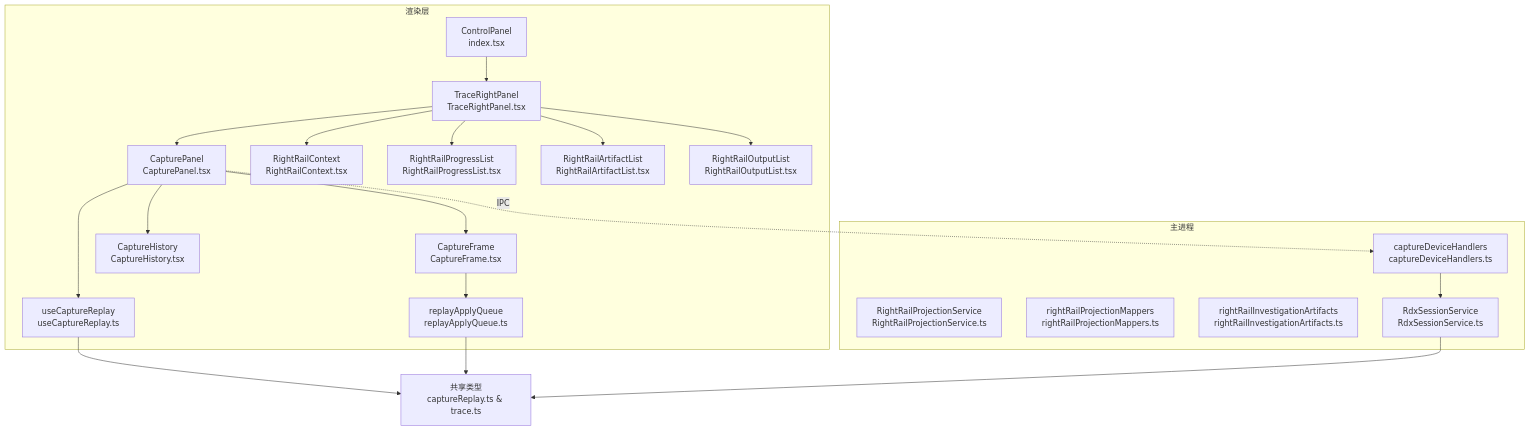
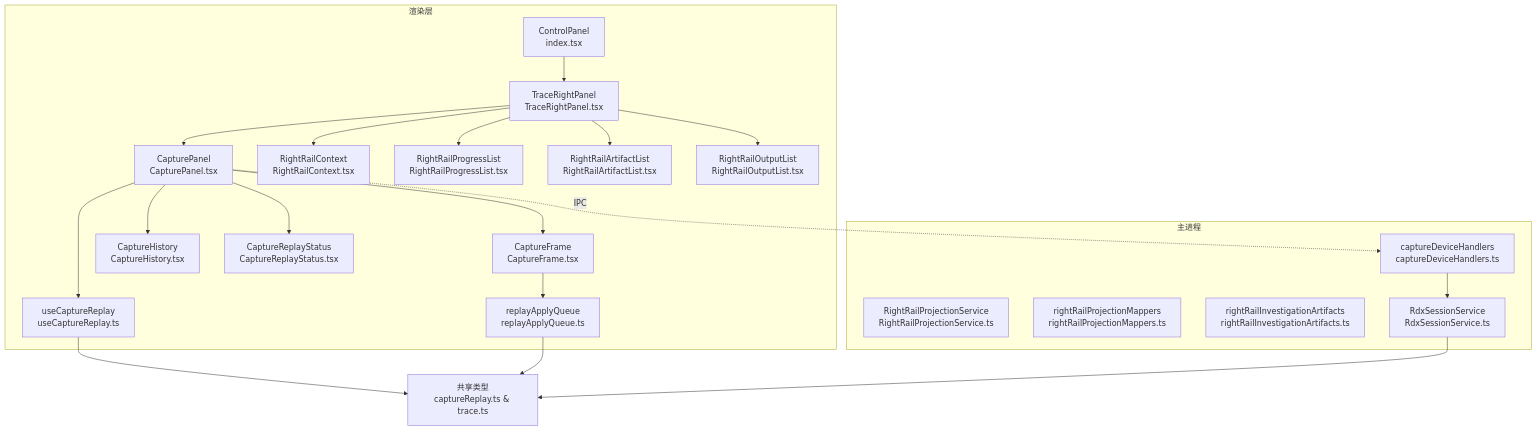
One commit to haolange/RDC-Agent changed the first of 14 diagrams in .qoder/repowiki/zh/content/用户界面/右侧面板.md. Above: the diagram before and after it, drawn with Mermaid. The commit also changed other lines of this file and 208 other files, not shown here.

````diff
--- a/.qoder/repowiki/zh/content/用户界面/右侧面板.md
+++ b/.qoder/repowiki/zh/content/用户界面/右侧面板.md
@@ -63,39 +67,41 @@
 ```mermaid
 graph TB
 subgraph "渲染层"
 A["ControlPanel<br/>index.tsx"]
 B["TraceRightPanel<br/>TraceRightPanel.tsx"]
 C["CapturePanel<br/>CapturePanel.tsx"]
 D["CaptureFrame<br/>CaptureFrame.tsx"]
 E["CaptureHistory<br/>CaptureHistory.tsx"]
 F["useCaptureReplay<br/>useCaptureReplay.ts"]
 G["replayApplyQueue<br/>replayApplyQueue.ts"]
 H["RightRailContext<br/>RightRailContext.tsx"]
 I["RightRailProgressList<br/>RightRailProgressList.tsx"]
 J["RightRailArtifactList<br/>RightRailArtifactList.tsx"]
 K["RightRailOutputList<br/>RightRailOutputList.tsx"]
+L["CaptureReplayStatus<br/>CaptureReplayStatus.tsx"]
 end
 subgraph "主进程"
-L["RightRailProjectionService<br/>RightRailProjectionService.ts"]
-M["rightRailProjectionMappers<br/>rightRailProjectionMappers.ts"]
-N["rightRailInvestigationArtifacts<br/>rightRailInvestigationArtifacts.ts"]
-O["RdxSessionService<br/>RdxSessionService.ts"]
-P["captureDeviceHandlers<br/>captureDeviceHandlers.ts"]
+M["RightRailProjectionService<br/>RightRailProjectionService.ts"]
+N["rightRailProjectionMappers<br/>rightRailProjectionMappers.ts"]
+O["rightRailInvestigationArtifacts<br/>rightRailInvestigationArtifacts.ts"]
+P["RdxSessionService<br/>RdxSessionService.ts"]
+Q["captureDeviceHandlers<br/>captureDeviceHandlers.ts"]
 end
-Q["共享类型<br/>captureReplay.ts & trace.ts"]
+R["共享类型<br/>captureReplay.ts & trace.ts"]
 A --> B
 B --> C
 B --> H
 B --> I
 B --> J
 B --> K
 C --> D
 C --> E
+C --> L
 C --> F
 D --> G
-F --> Q
-G --> Q
-C -.IPC.-> P
-P --> O
-O --> Q
+F --> R
+G --> R
+C -.IPC.-> Q
+Q --> P
+P --> R
 ```
````
